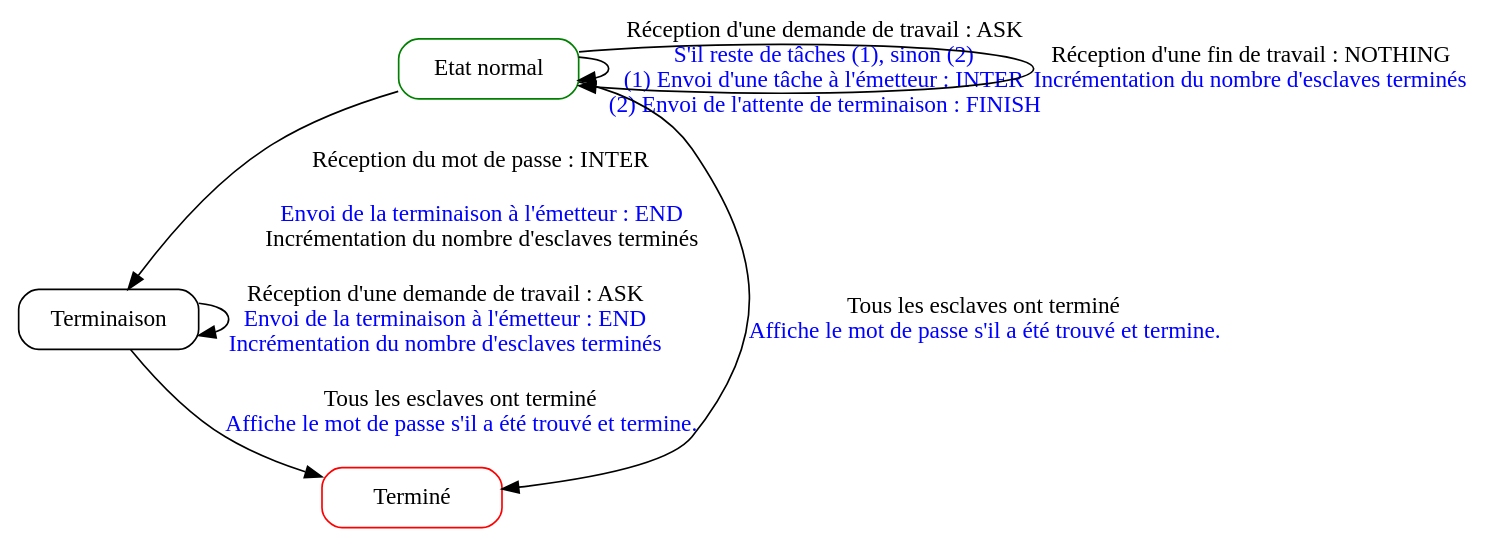
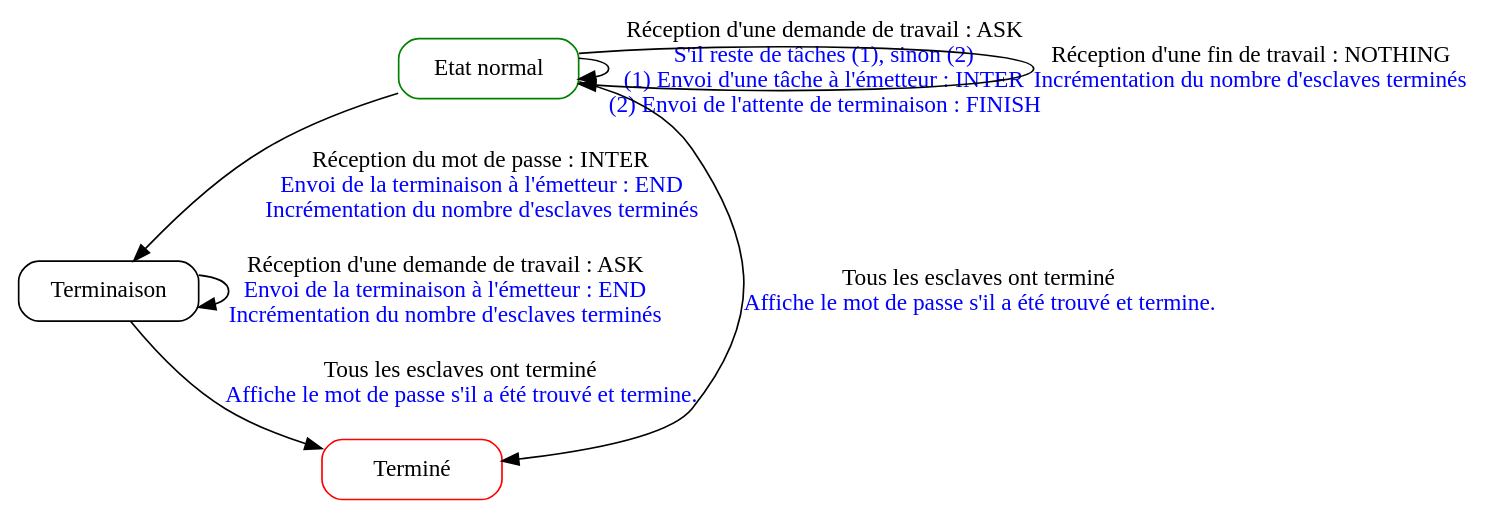
One commit to aurelienfalco/pg305 changed the diagram in rapport/img/automat-master.dot. Above: the diagram before and after it, drawn with Graphviz. The commit also changed 2 other files, not shown here.

```diff
--- a/rapport/img/automat-master.dot
+++ b/rapport/img/automat-master.dot
@@ -1,50 +1,50 @@
 digraph coherence {
 
 graph [fontname = "times"];
 node [fontname = "times"];
 edge [fontname = "times"];
 
     node
         [shape=Mrecord width=1.5];
 
     subgraph process_automaton {
 
         label="Process";
 
         //
         // States (Nodes)
         //
 
         "Process::Normal"
             [root="true" color="green" label="{Etat normal}"];
 
         "Process::Terminaison"
             [label="{Terminaison}"];
 
         "Process::Terminé"
             [color="red" label="{Terminé}"];
 
         //
         // Transitions (Edges)
         //
 
         "Process::Normal" -> "Process::Normal"
             [label=<Réception d'une demande de travail : ASK<BR/><FONT color="blue">S'il reste de tâches (1), sinon (2)<BR/>(1) Envoi d'une tâche à l'émetteur : INTER<BR/>(2) Envoi de l'attente de terminaison : FINISH</FONT>>];
 
 	 "Process::Normal" -> "Process::Normal"
             [label=<Réception d'une fin de travail : NOTHING<BR/><FONT color="blue">Incrémentation du nombre d'esclaves terminés</FONT>>];
 	    
         "Process::Normal" -> "Process::Terminaison"
-            [label=<Réception du mot de passe : INTER<BR/><FONT color="blue"><BR/>Envoi de la terminaison à l'émetteur : END</FONT><BR/>Incrémentation du nombre d'esclaves terminés>];
+            [label=<Réception du mot de passe : INTER<BR/><FONT color="blue">Envoi de la terminaison à l'émetteur : END<BR/>Incrémentation du nombre d'esclaves terminés</FONT>>];
 
         "Process::Terminaison" -> "Process::Terminaison"
             [label=<Réception d'une demande de travail : ASK<BR/><FONT color="blue">Envoi de la terminaison à l'émetteur : END<BR/>Incrémentation du nombre d'esclaves terminés</FONT>>];
 	    
         "Process::Terminaison" -> "Process::Terminé"
             [label=<Tous les esclaves ont terminé<BR/><FONT color="blue">Affiche le mot de passe s'il a été trouvé et termine.</FONT>>];    
 
 	 "Process::Normal" -> "Process::Terminé"
             [label=<Tous les esclaves ont terminé<BR/><FONT color="blue">Affiche le mot de passe s'il a été trouvé et termine.</FONT>>];    
     }
 
 }
```
